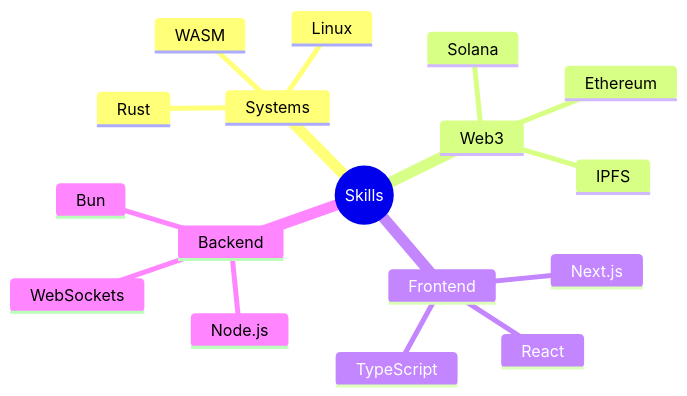
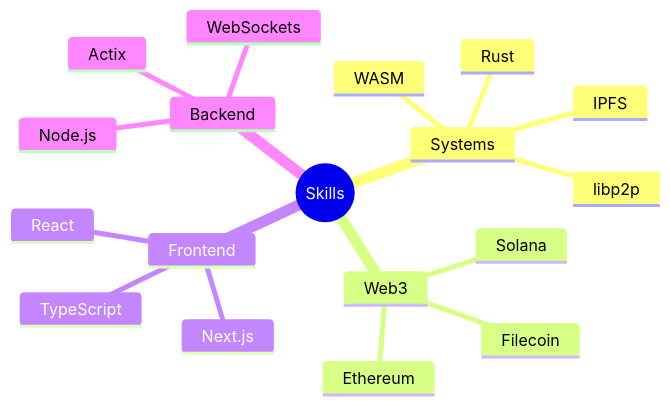
Before and after one commit to vivekpal1/vivekpal1: the diagram in pow.md, drawn with Mermaid. The commit also changed other lines of this file, not shown here.

````diff
--- a/pow.md
+++ b/pow.md
@@ -12,20 +12,21 @@
 ```mermaid
 mindmap
   root((Skills))
     Systems
       Rust
-      Linux
+      libp2p
+      IPFS
       WASM
     Web3
       Solana
       Ethereum
-      IPFS
+      Filecoin
     Frontend
       React
       Next.js
       TypeScript
     Backend
       Node.js
-      Bun
+      Actix
       WebSockets
 ```
````
